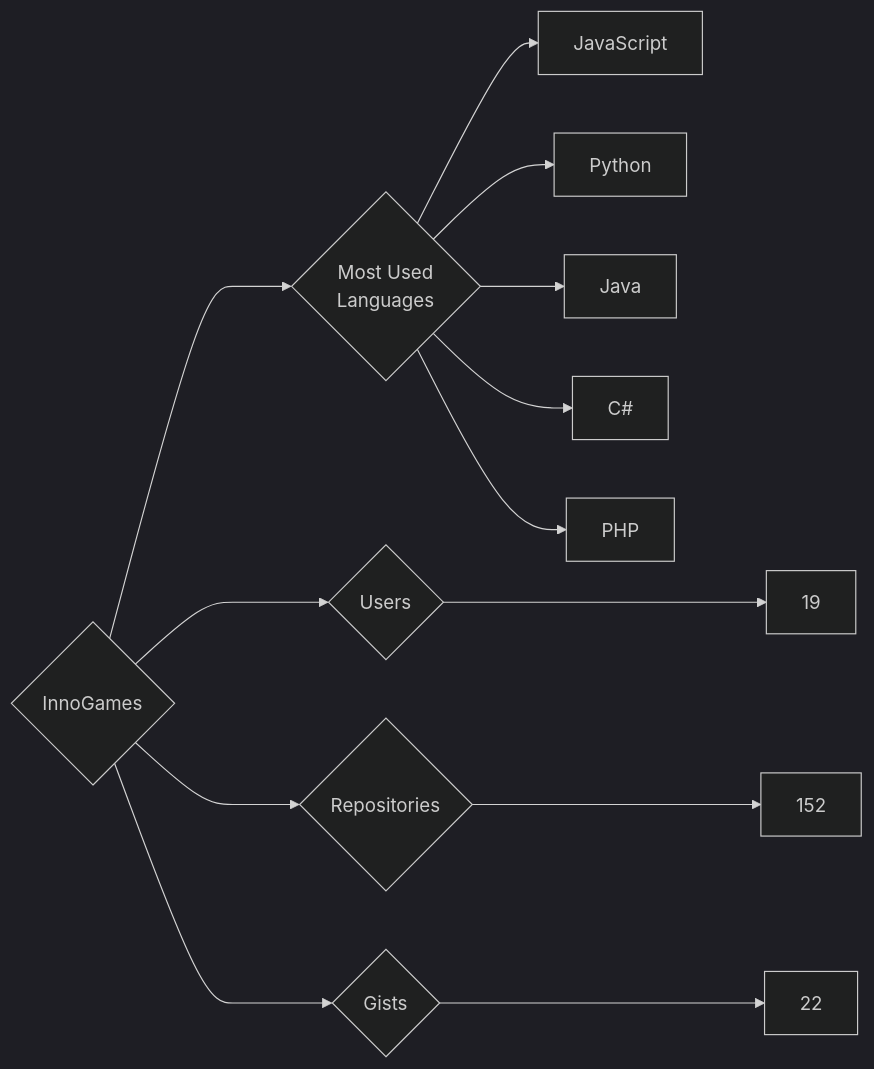
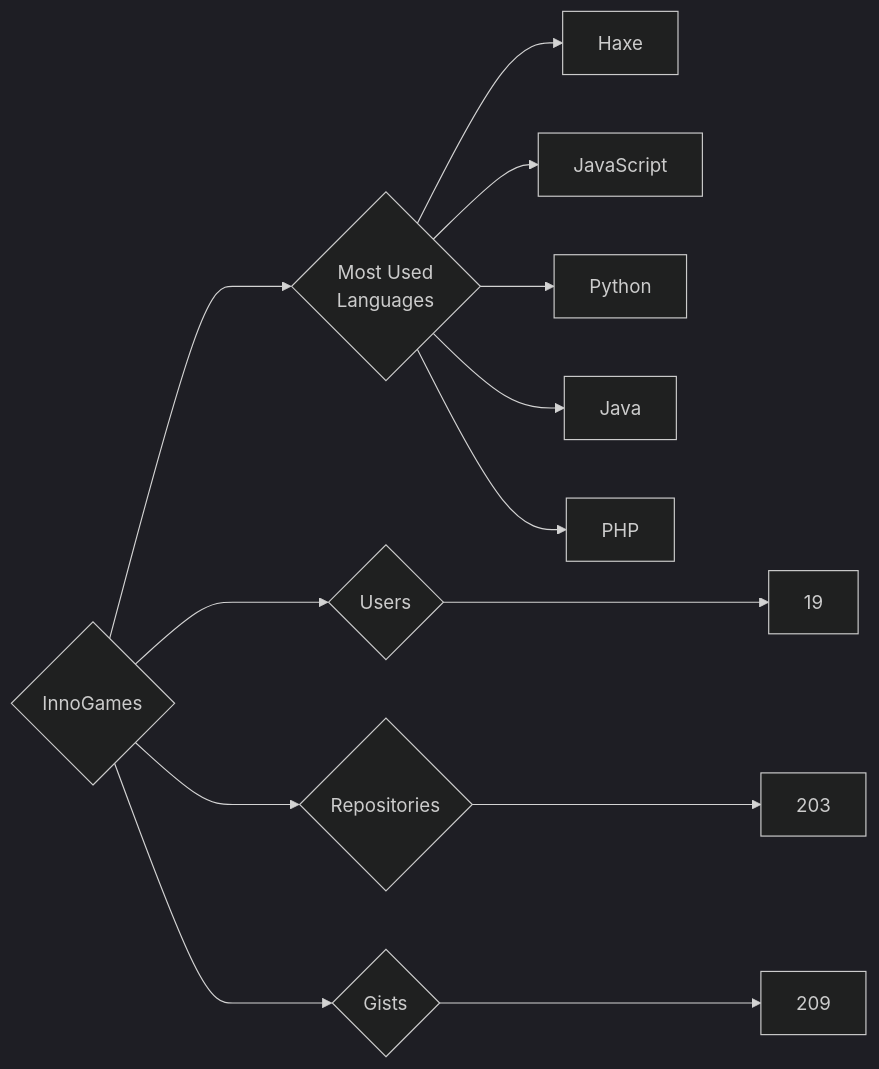
The diagram in targets/InnoGames/README.md (trickest/insiders), drawn with Mermaid (dark theme) before and after one commit. The commit also changed 861 other files, not shown here.

````diff
--- a/targets/InnoGames/README.md
+++ b/targets/InnoGames/README.md
@@ -3,13 +3,13 @@
 ```mermaid
 graph LR
 COMPANY_NAME{InnoGames}
 COMPANY_NAME ---> U{Users} ---> UN[19]
-COMPANY_NAME ---> R{Repositories} ---> RN[152]
-COMPANY_NAME ---> G{Gists} ---> GN[22]
+COMPANY_NAME ---> R{Repositories} ---> RN[203]
+COMPANY_NAME ---> G{Gists} ---> GN[209]
 COMPANY_NAME ---> ML{Most Used<br>Languages}
+ML --> Haxe[Haxe]
 ML --> JavaScript[JavaScript]
 ML --> Python[Python]
 ML --> Java[Java]
-ML --> C#[C#]
 ML --> PHP[PHP]
 ```
````
